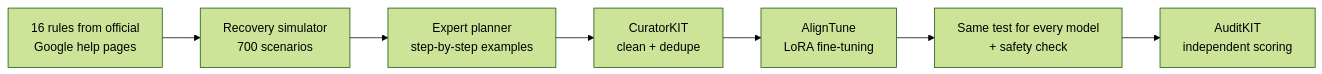
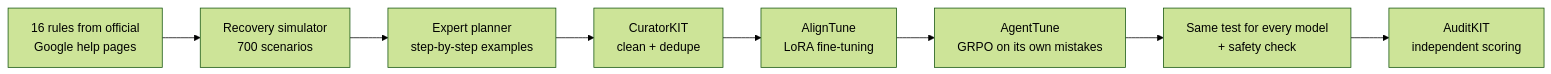
One commit to Pheonix-dev0410/lexsi-cybersos changed the diagram in WRITEUP.md. Above: the diagram before and after it, drawn with Mermaid (forest theme). The commit also changed other lines of this file and 20 other files, not shown here.

````diff
--- a/WRITEUP.md
+++ b/WRITEUP.md
@@ -67,9 +67,10 @@
 ```mermaid
 flowchart LR
     A[16 rules from official<br/>Google help pages] --> B[Recovery simulator<br/>700 scenarios]
     B --> C[Expert planner<br/>step-by-step examples]
     C --> D[CuratorKIT<br/>clean + dedupe]
     D --> E[AlignTune<br/>LoRA fine-tuning]
-    E --> F[Same test for every model<br/>+ safety check]
+    E --> H[AgentTune<br/>GRPO on its own mistakes]
+    H --> F[Same test for every model<br/>+ safety check]
     F --> G[AuditKIT<br/>independent scoring]
 ```
````
